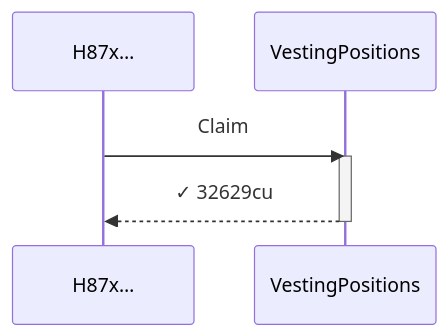
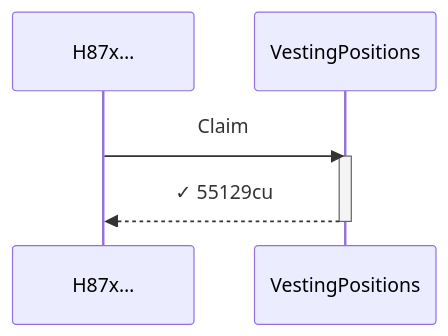
One commit to cds-turbin3/vesting-position changed diagram 16 of 18 in babelfish-tests/test-report/scenario_2_two_users_transfer_and_bob_claims_both.md. Above: the diagram before and after it, drawn with Mermaid. The commit also changed other lines of this file and 106 other files, not shown here.

````diff
--- a/babelfish-tests/test-report/scenario_2_two_users_transfer_and_bob_claims_both.md
+++ b/babelfish-tests/test-report/scenario_2_two_users_transfer_and_bob_claims_both.md
@@ -665,9 +689,9 @@
 ```mermaid
 sequenceDiagram
     participant p0 as H87x…
     participant p1 as VestingPositions
     p0->>p1: Claim
     activate p1
-    p1-->>p0: ✓ 32629cu
+    p1-->>p0: ✓ 55129cu
     deactivate p1
 ```
````
